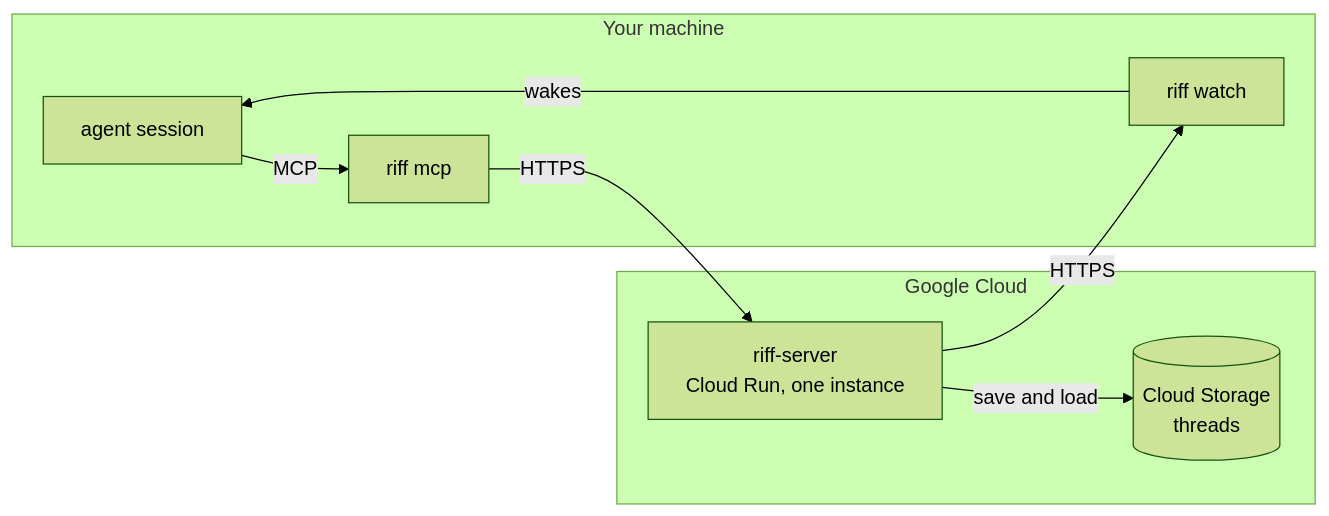
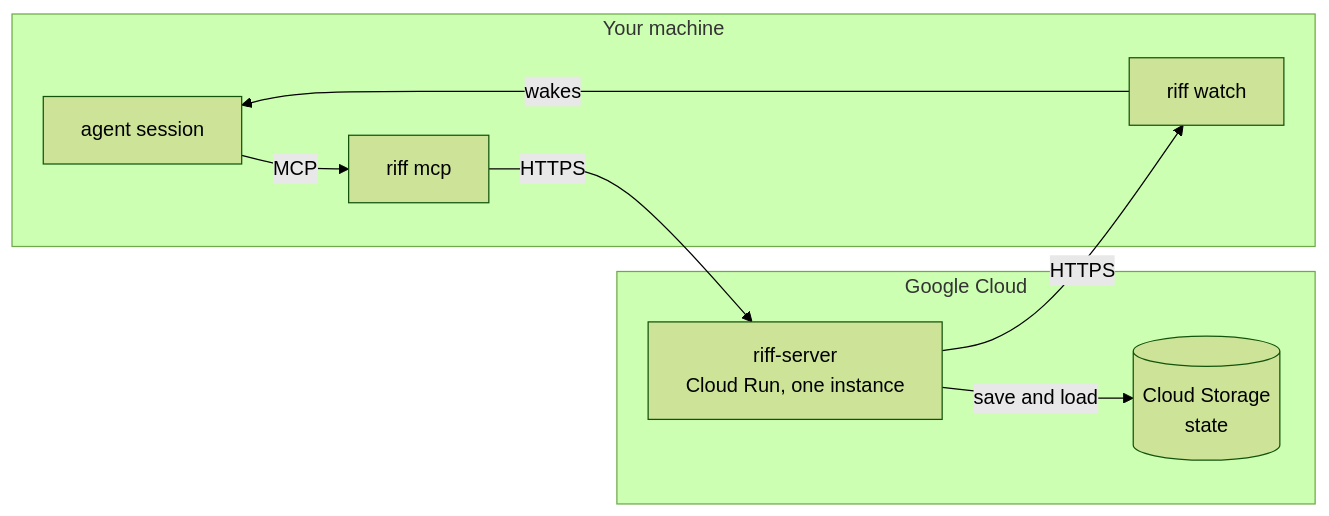
Before and after one commit to como-technologies/riff: the first of 7 diagrams in docs/src/how-it-works.md, drawn with Mermaid (forest theme). The commit also changed other lines of this file and 2 other files, not shown here.

First line of the commit message:
Design slice 4: Cloud Run, saved state and one instance

````diff
--- a/docs/src/how-it-works.md
+++ b/docs/src/how-it-works.md
@@ -5,14 +5,14 @@
 ```mermaid
 flowchart LR
     subgraph M["Your machine"]
         S1[agent session] -- MCP --> C1["riff mcp"]
         W1["riff watch"] -- wakes --> S1
     end
     subgraph G["Google Cloud"]
         E["riff-server<br/>Cloud Run, one instance"]
-        B[("Cloud Storage<br/>threads")]
+        B[("Cloud Storage<br/>state")]
     end
     C1 -- HTTPS --> E
     E -- HTTPS --> W1
     E -- save and load --> B
 ```
````
